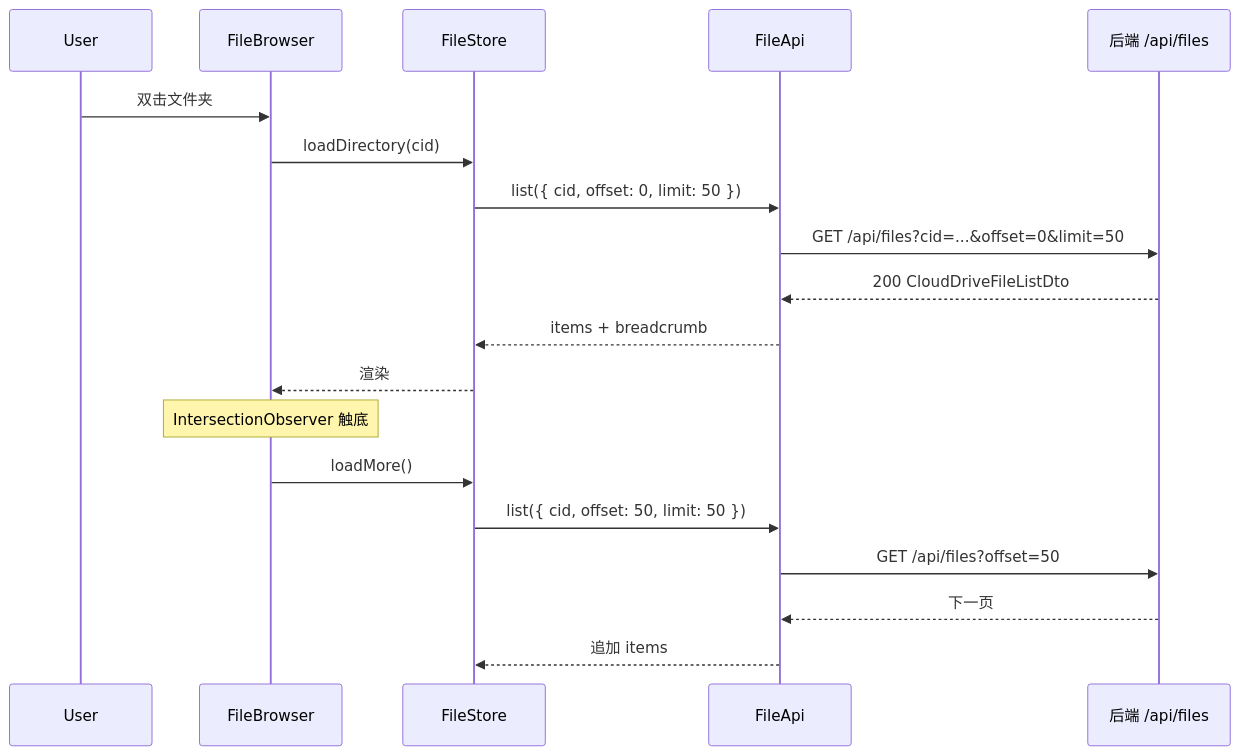
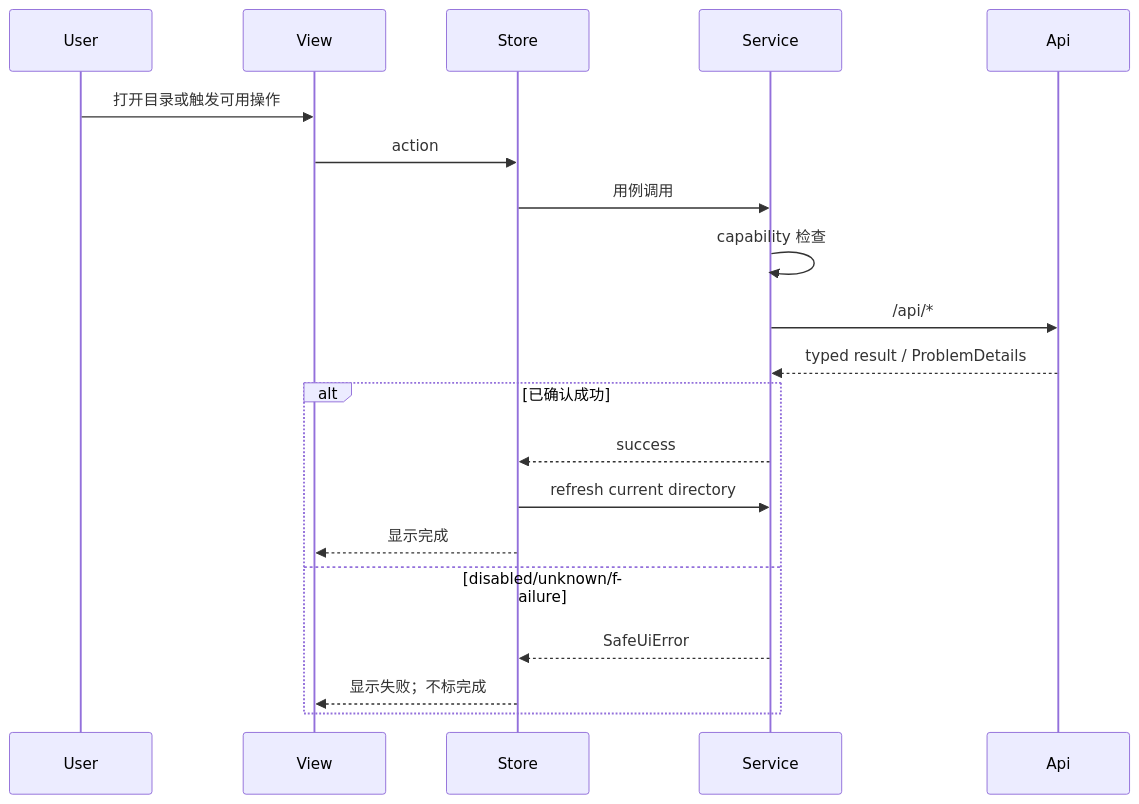
Before and after one commit to sun-1221/CloudDrive_115: the second of 3 diagrams in .kiro/specs/115-cloud-drive-frontend/design.md, drawn with Mermaid. The commit also changed other lines of this file and 84 other files, not shown here.

````diff
--- a/.kiro/specs/115-cloud-drive-frontend/design.md
+++ b/.kiro/specs/115-cloud-drive-frontend/design.md
@@ -644,23 +268,22 @@
 ```mermaid
 sequenceDiagram
     participant User
-    participant FileBrowser
-    participant FileStore
-    participant FileApi
-    participant Backend as 后端 /api/files
-
-    User->>FileBrowser: 双击文件夹
-    FileBrowser->>FileStore: loadDirectory(cid)
-    FileStore->>FileApi: list({ cid, offset: 0, limit: 50 })
-    FileApi->>Backend: GET /api/files?cid=...&offset=0&limit=50
-    Backend-->>FileApi: 200 CloudDriveFileListDto
-    FileApi-->>FileStore: items + breadcrumb
-    FileStore-->>FileBrowser: 渲染
-
-    Note over FileBrowser: IntersectionObserver 触底
-    FileBrowser->>FileStore: loadMore()
-    FileStore->>FileApi: list({ cid, offset: 50, limit: 50 })
-    FileApi->>Backend: GET /api/files?offset=50
-    Backend-->>FileApi: 下一页
-    FileApi-->>FileStore: 追加 items
+    participant View
+    participant Store
+    participant Service
+    participant Api
+    User->>View: 打开目录或触发可用操作
+    View->>Store: action
+    Store->>Service: 用例调用
+    Service->>Service: capability 检查
+    Service->>Api: /api/*
+    Api-->>Service: typed result / ProblemDetails
+    alt 已确认成功
+        Service-->>Store: success
+        Store->>Service: refresh current directory
+        Store-->>View: 显示完成
+    else disabled/unknown/failure
+        Service-->>Store: SafeUiError
+        Store-->>View: 显示失败；不标完成
+    end
 ```
````
